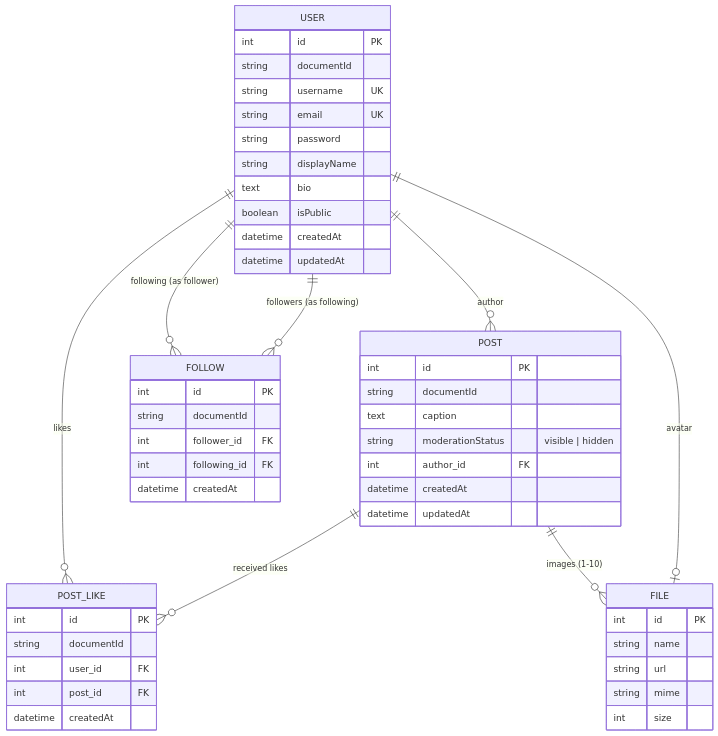
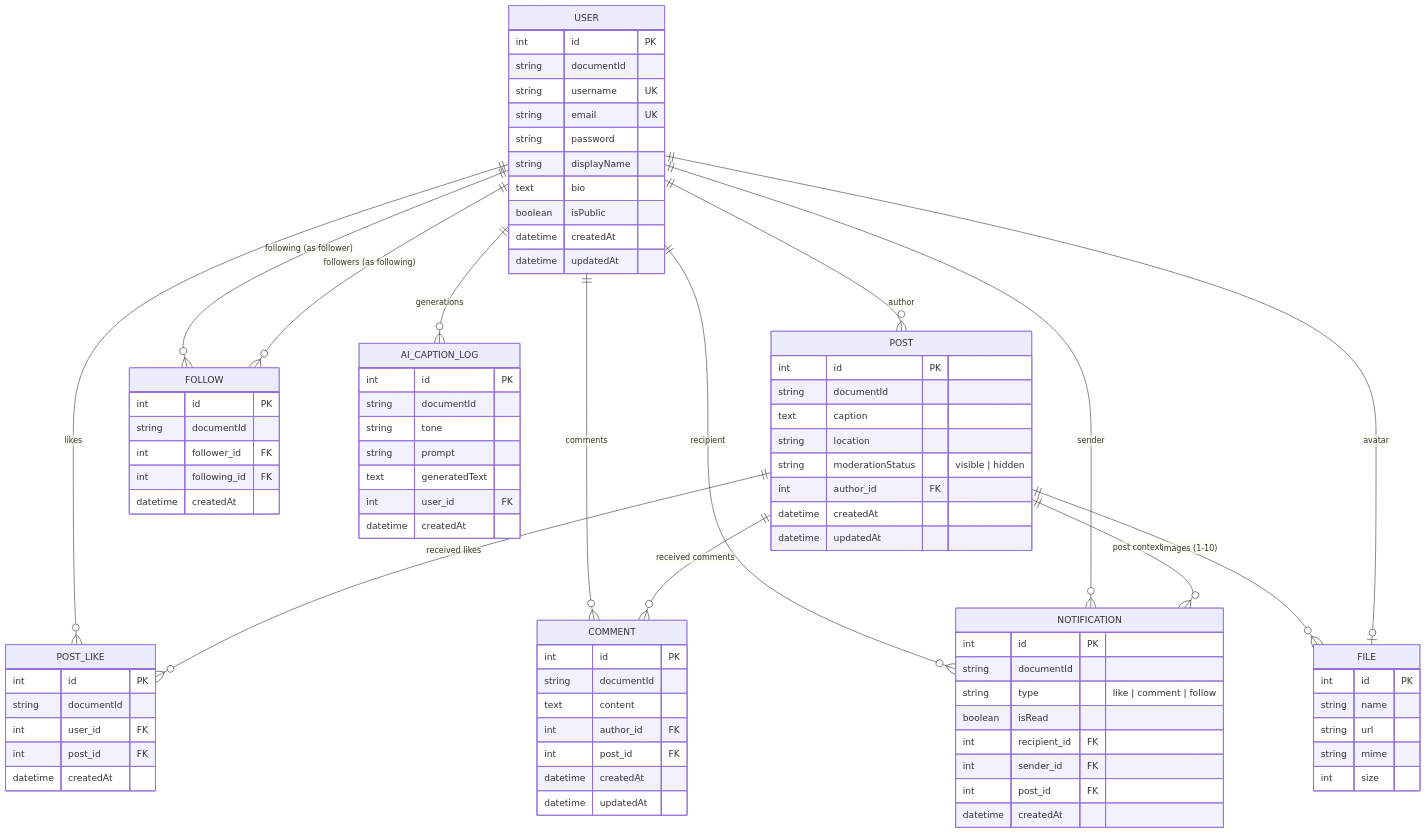
Before and after one commit to pykt0908/ai-software-engineer-project: the diagram in docs/02_backend_strapi.md, drawn with Mermaid. The commit also changed other lines of this file and 93 other files, not shown here.

Commit message:
feat: complete cat social app features, AI caption, location search, comments & docs update

```diff
--- a/docs/02_backend_strapi.md
+++ b/docs/02_backend_strapi.md
@@ -10,9 +10,15 @@
 erDiagram
     USER ||--o{ POST : "author"
     USER ||--o{ POST_LIKE : "likes"
+    USER ||--o{ COMMENT : "comments"
     USER ||--o{ FOLLOW : "following (as follower)"
     USER ||--o{ FOLLOW : "followers (as following)"
+    USER ||--o{ NOTIFICATION : "recipient"
+    USER ||--o{ NOTIFICATION : "sender"
+    USER ||--o{ AI_CAPTION_LOG : "generations"
     POST ||--o{ POST_LIKE : "received likes"
+    POST ||--o{ COMMENT : "received comments"
+    POST ||--o{ NOTIFICATION : "post context"
     POST ||--o{ FILE : "images (1-10)"
     USER ||--o| FILE : "avatar"
 
@@ -33,8 +39,19 @@
         int id PK
         string documentId
         text caption
+        string location
         string moderationStatus "visible | hidden"
         int author_id FK
+        datetime createdAt
+        datetime updatedAt
+    }
+
+    COMMENT {
+        int id PK
+        string documentId
+        text content
+        int author_id FK
+        int post_id FK
         datetime createdAt
         datetime updatedAt
     }
@@ -55,6 +72,27 @@
         datetime createdAt
     }
 
+    NOTIFICATION {
+        int id PK
+        string documentId
+        string type "like | comment | follow"
+        boolean isRead
+        int recipient_id FK
+        int sender_id FK
+        int post_id FK
+        datetime createdAt
+    }
+
+    AI_CAPTION_LOG {
+        int id PK
+        string documentId
+        string tone
+        string prompt
+        text generatedText
+        int user_id FK
+        datetime createdAt
+    }
+
     FILE {
         int id PK
         string name
```
